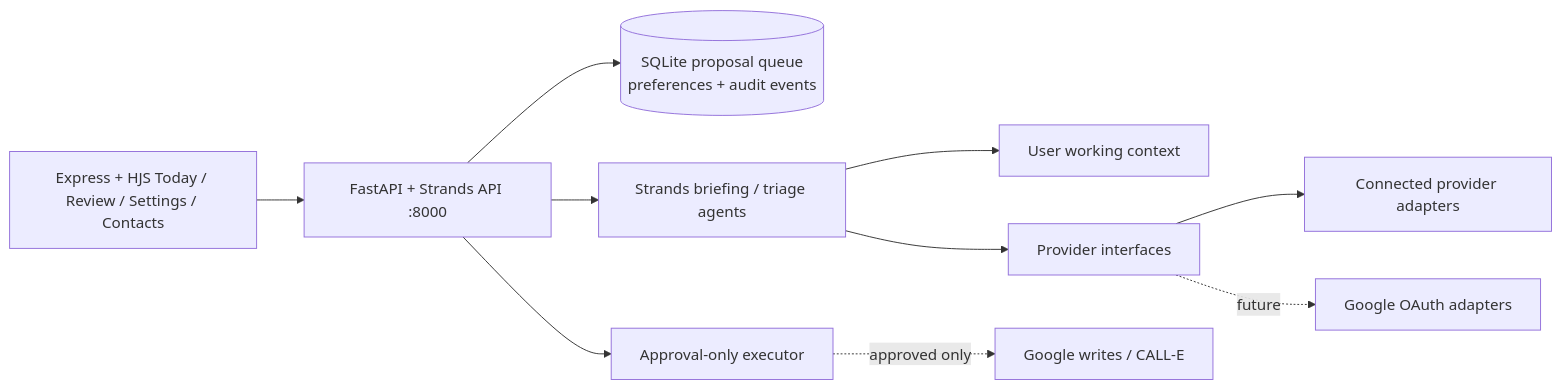
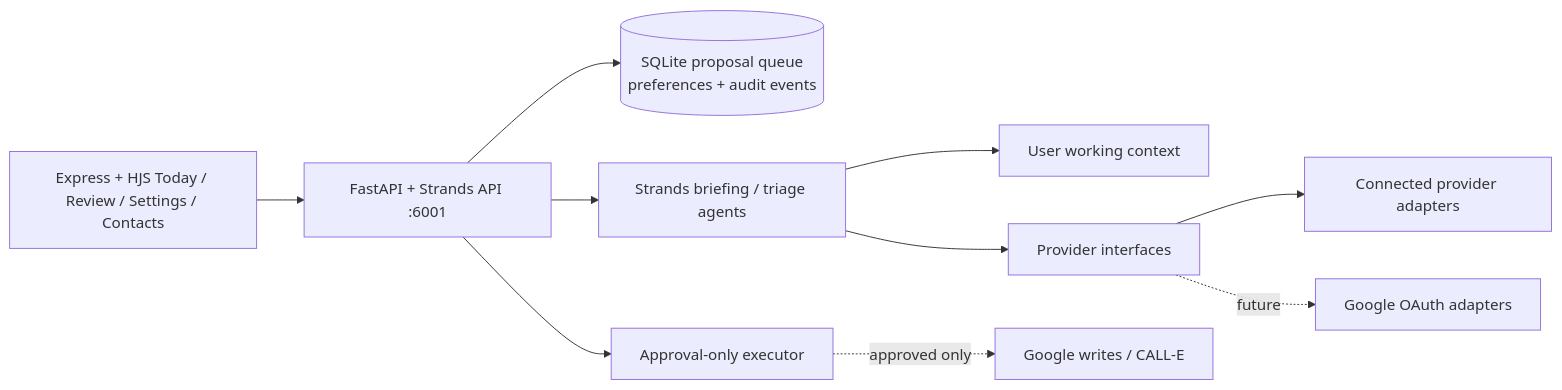
Before and after one commit to juliana-hill/openpip.me: the diagram in docs/ARCHITECTURE.md, drawn with Mermaid. The commit also changed other lines of this file and 5 other files, not shown here.

````diff
--- a/docs/ARCHITECTURE.md
+++ b/docs/ARCHITECTURE.md
@@ -7,12 +7,12 @@
 ```mermaid
 flowchart LR
- UI[Express + HJS Today / Review / Settings / Contacts] --> API[FastAPI + Strands API :8000]
+ UI[Express + HJS Today / Review / Settings / Contacts] --> API[FastAPI + Strands API :6001]
   API --> Store[(SQLite proposal queue\npreferences + audit events)]
   API --> Agent[Strands briefing / triage agents]
   Agent --> Context[User working context]
   Agent --> Providers[Provider interfaces]
   Providers --> Connected[Connected provider adapters]
   Providers -. future .-> Google[Google OAuth adapters]
   API --> Gate[Approval-only executor]
   Gate -. approved only .-> Effects[Google writes / CALL-E]
 ```
````
